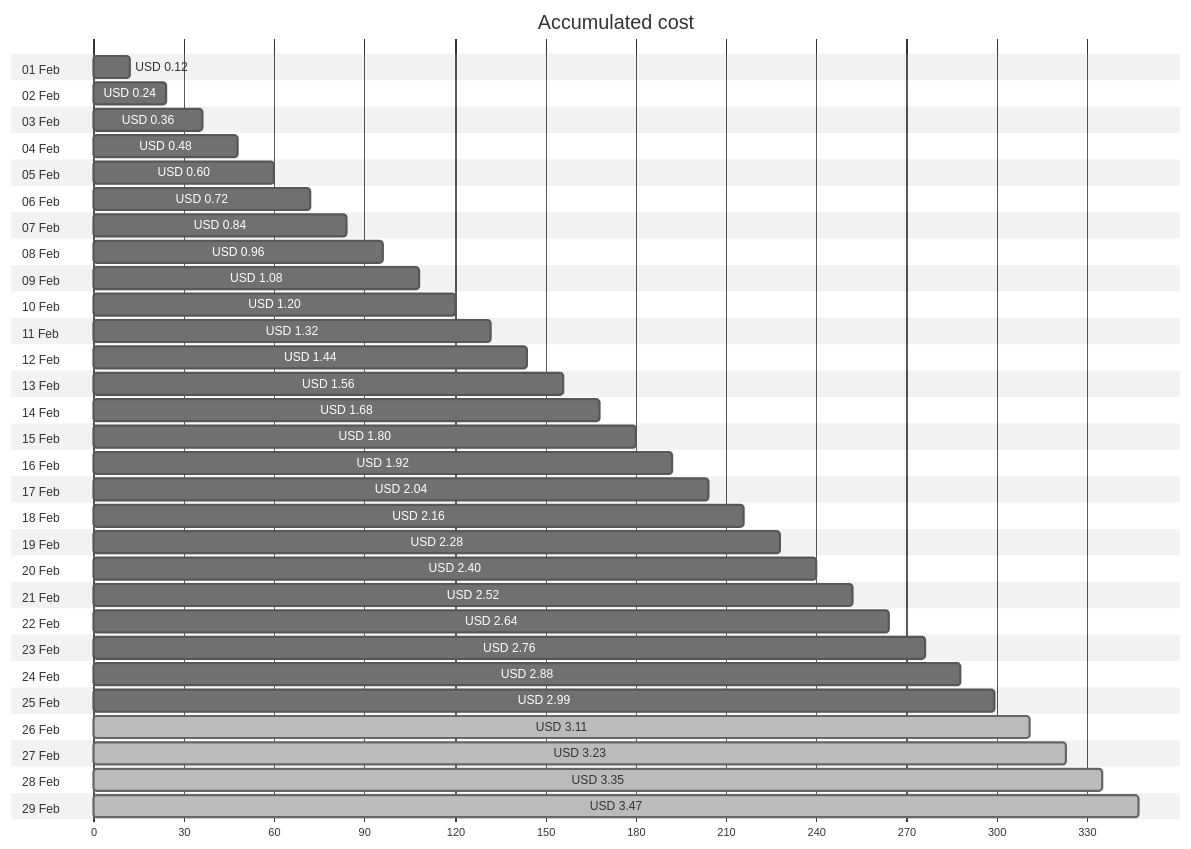
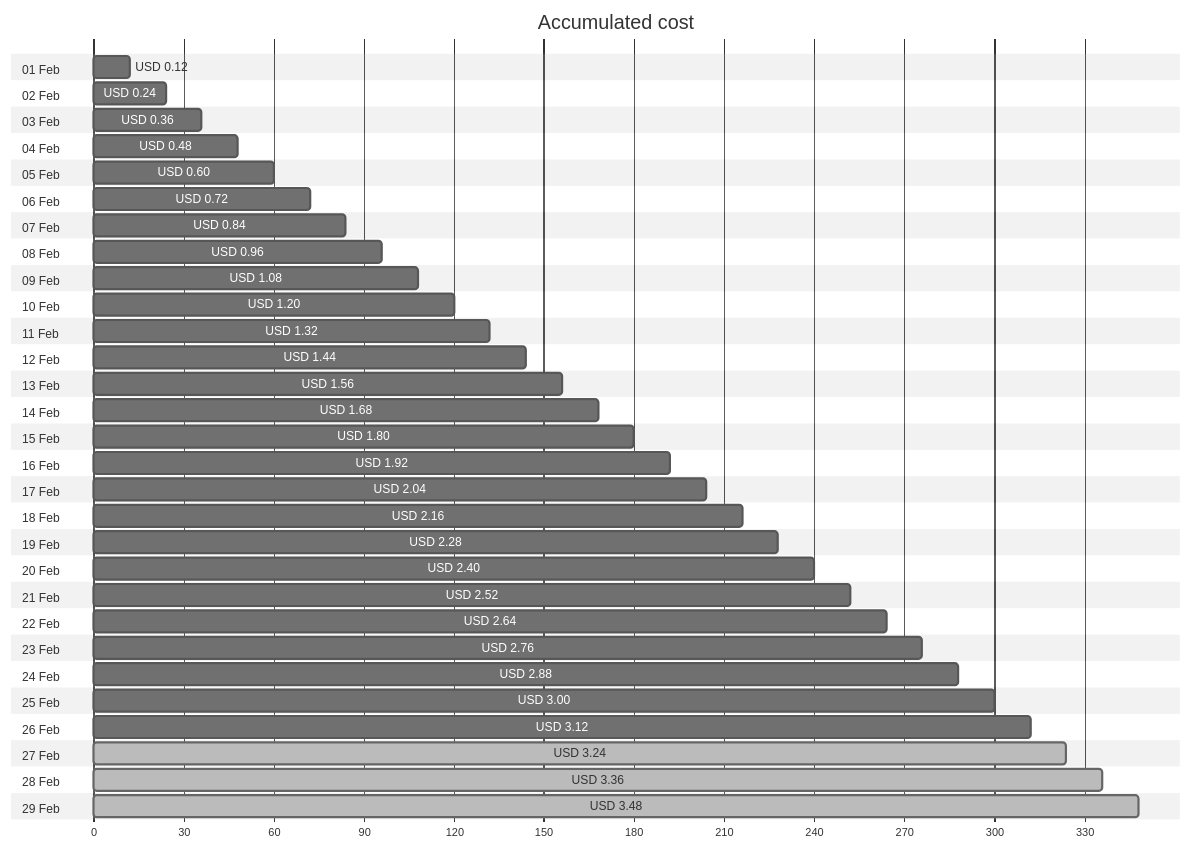
One commit to jpfulton/azure-personal-reports changed the first of 4 diagrams in cost-reports/personal-network/backup-server-public-ip.md. Above: the diagram before and after it, drawn with Mermaid (neutral theme). The commit also changed other lines of this file and 8 other files, not shown here.

````diff
--- a/cost-reports/personal-network/backup-server-public-ip.md
+++ b/cost-reports/personal-network/backup-server-public-ip.md
@@ -20,64 +20,64 @@
 ```mermaid
 gantt
    title Accumulated cost
    dateFormat  X
    axisFormat %s
    section 01 Feb
    USD 0.12 :0, 12
    section 02 Feb
    USD 0.24 :0, 24
    section 03 Feb
    USD 0.36 :0, 36
    section 04 Feb
    USD 0.48 :0, 48
    section 05 Feb
    USD 0.60 :0, 60
    section 06 Feb
    USD 0.72 :0, 72
    section 07 Feb
    USD 0.84 :0, 84
    section 08 Feb
    USD 0.96 :0, 96
    section 09 Feb
    USD 1.08 :0, 108
    section 10 Feb
    USD 1.20 :0, 120
    section 11 Feb
    USD 1.32 :0, 132
    section 12 Feb
    USD 1.44 :0, 144
    section 13 Feb
    USD 1.56 :0, 156
    section 14 Feb
    USD 1.68 :0, 168
    section 15 Feb
    USD 1.80 :0, 180
    section 16 Feb
    USD 1.92 :0, 192
    section 17 Feb
    USD 2.04 :0, 204
    section 18 Feb
    USD 2.16 :0, 216
    section 19 Feb
    USD 2.28 :0, 228
    section 20 Feb
    USD 2.40 :0, 240
    section 21 Feb
    USD 2.52 :0, 252
    section 22 Feb
    USD 2.64 :0, 264
    section 23 Feb
    USD 2.76 :0, 276
    section 24 Feb
    USD 2.88 :0, 288
    section 25 Feb
-   USD 2.99 :0, 299
+   USD 3.00 :0, 300
    section 26 Feb
-   USD 3.11 : done, 0, 311
+   USD 3.12 :0, 312
    section 27 Feb
-   USD 3.23 : done, 0, 323
+   USD 3.24 : done, 0, 324
    section 28 Feb
-   USD 3.35 : done, 0, 335
+   USD 3.36 : done, 0, 336
    section 29 Feb
-   USD 3.47 : done, 0, 347
+   USD 3.48 : done, 0, 348
 ```
````
